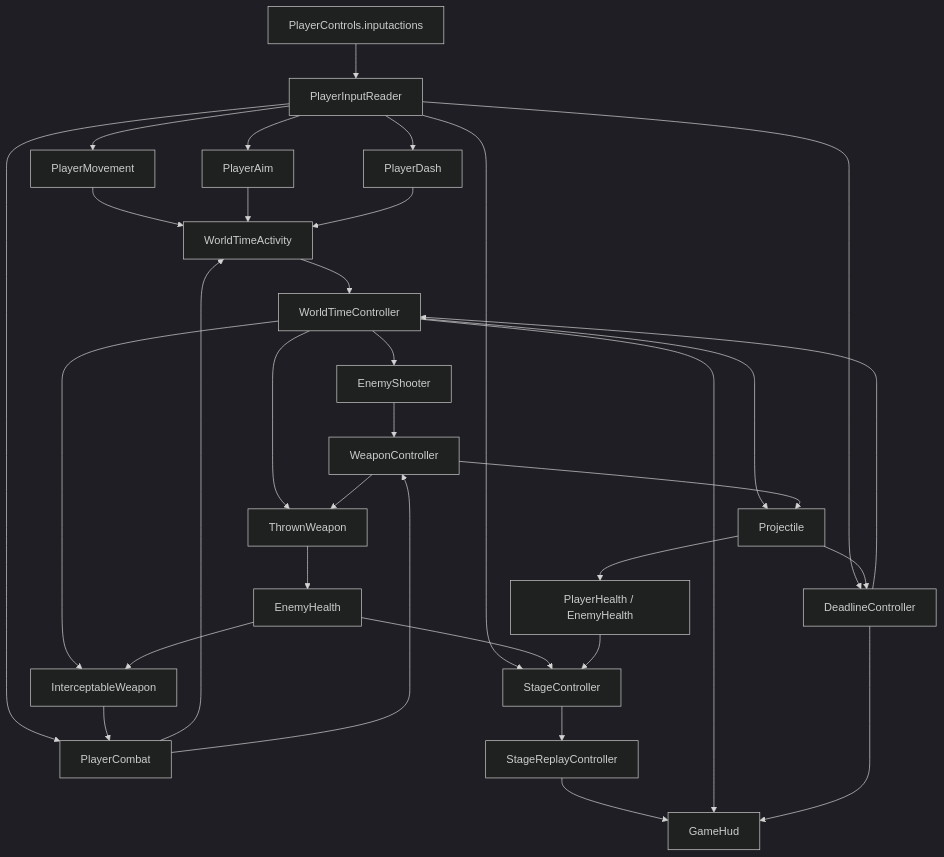
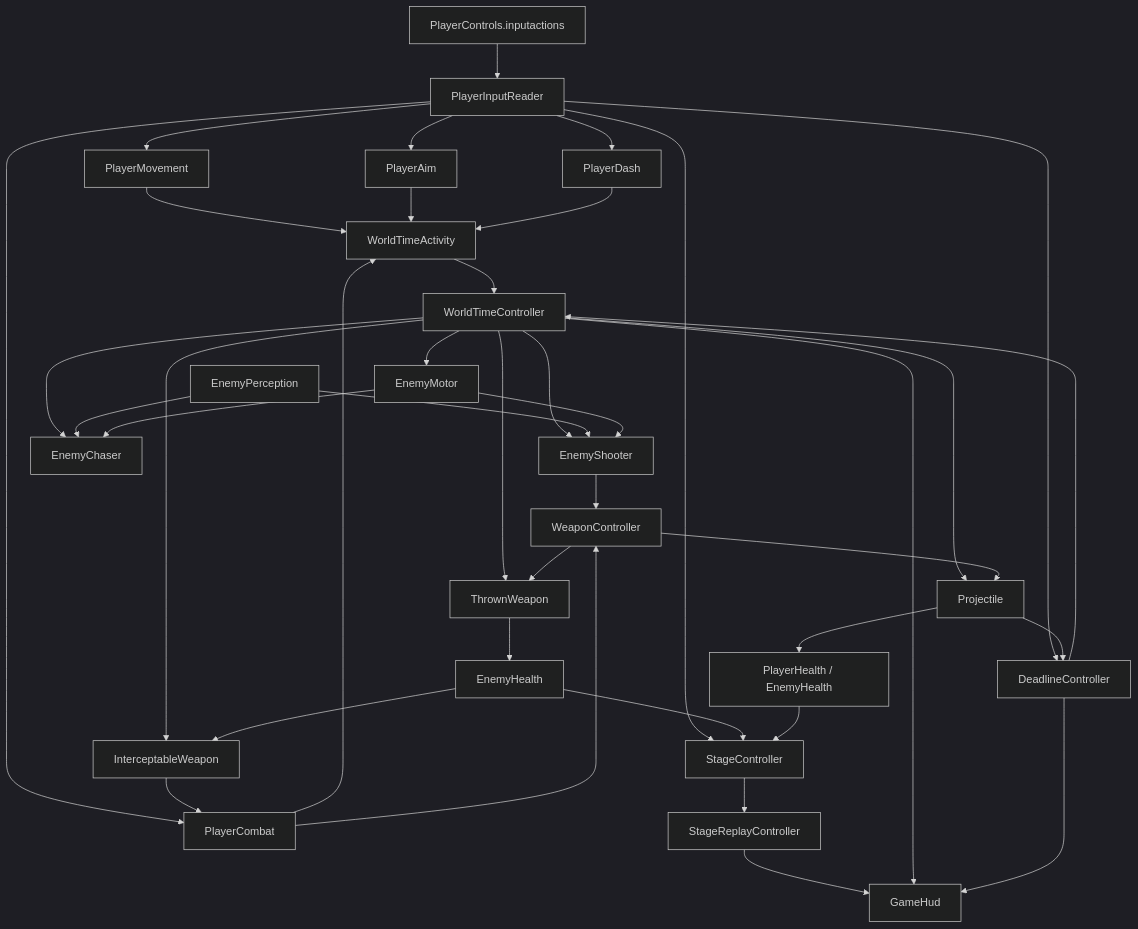
The third of 3 diagrams in docs/PROJECT_DESIGN_DOCUMENT.md (Mom-Dra/ProjectDeltatime), drawn with Mermaid (dark theme) before and after one commit. The commit also changed other lines of this file and 27 other files, not shown here.

````diff
--- a/docs/PROJECT_DESIGN_DOCUMENT.md
+++ b/docs/PROJECT_DESIGN_DOCUMENT.md
@@ -477,39 +482,45 @@
 ```mermaid
 flowchart TD
     IA["PlayerControls.inputactions"] --> IR["PlayerInputReader"]
     IR --> PM["PlayerMovement"]
     IR --> PA["PlayerAim"]
     IR --> PD["PlayerDash"]
     IR --> PC["PlayerCombat"]
     IR --> DC["DeadlineController"]
     IR --> SC["StageController"]
 
     PM --> WA["WorldTimeActivity"]
     PA --> WA
     PD --> WA
     PC --> WA
     WA --> WT["WorldTimeController"]
 
     WT --> ES["EnemyShooter"]
+    WT --> EC["EnemyChaser"]
+    WT --> EM["EnemyMotor"]
     WT --> PR["Projectile"]
     WT --> TW["ThrownWeapon"]
     WT --> IW["InterceptableWeapon"]
     DC --> WT
     PR --> DC
 
     PC --> WC["WeaponController"]
+    EP["EnemyPerception"] --> ES
+    EP --> EC
+    EM --> ES
+    EM --> EC
     ES --> WC
     WC --> PR
     WC --> TW
     TW --> EH["EnemyHealth"]
     PR --> PH["PlayerHealth / EnemyHealth"]
     EH --> IW
     IW --> PC
 
     EH --> SC
     PH --> SC
     SC --> RP["StageReplayController"]
     RP --> HUD["GameHud"]
     WT --> HUD
     DC --> HUD
 ```
````
